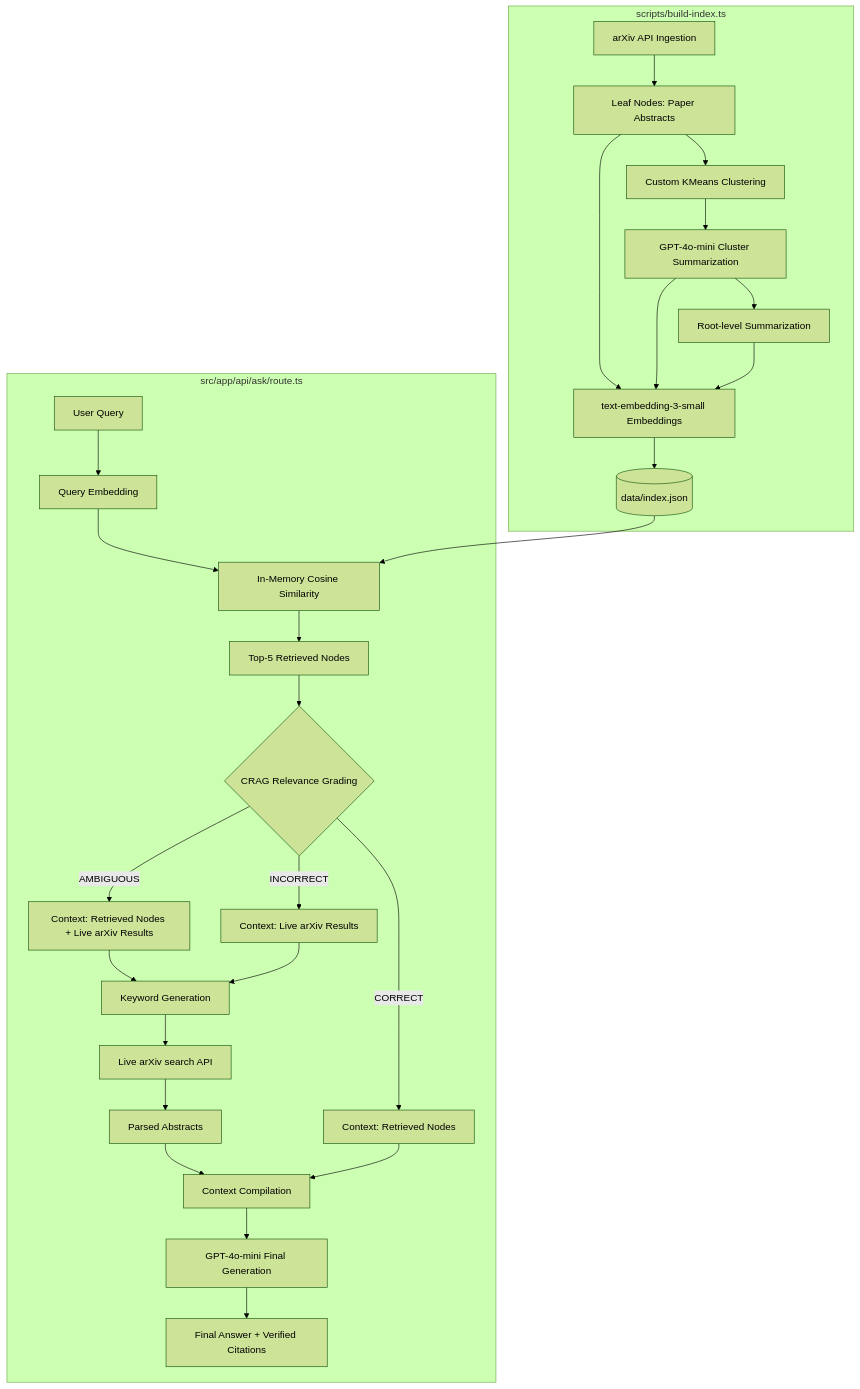
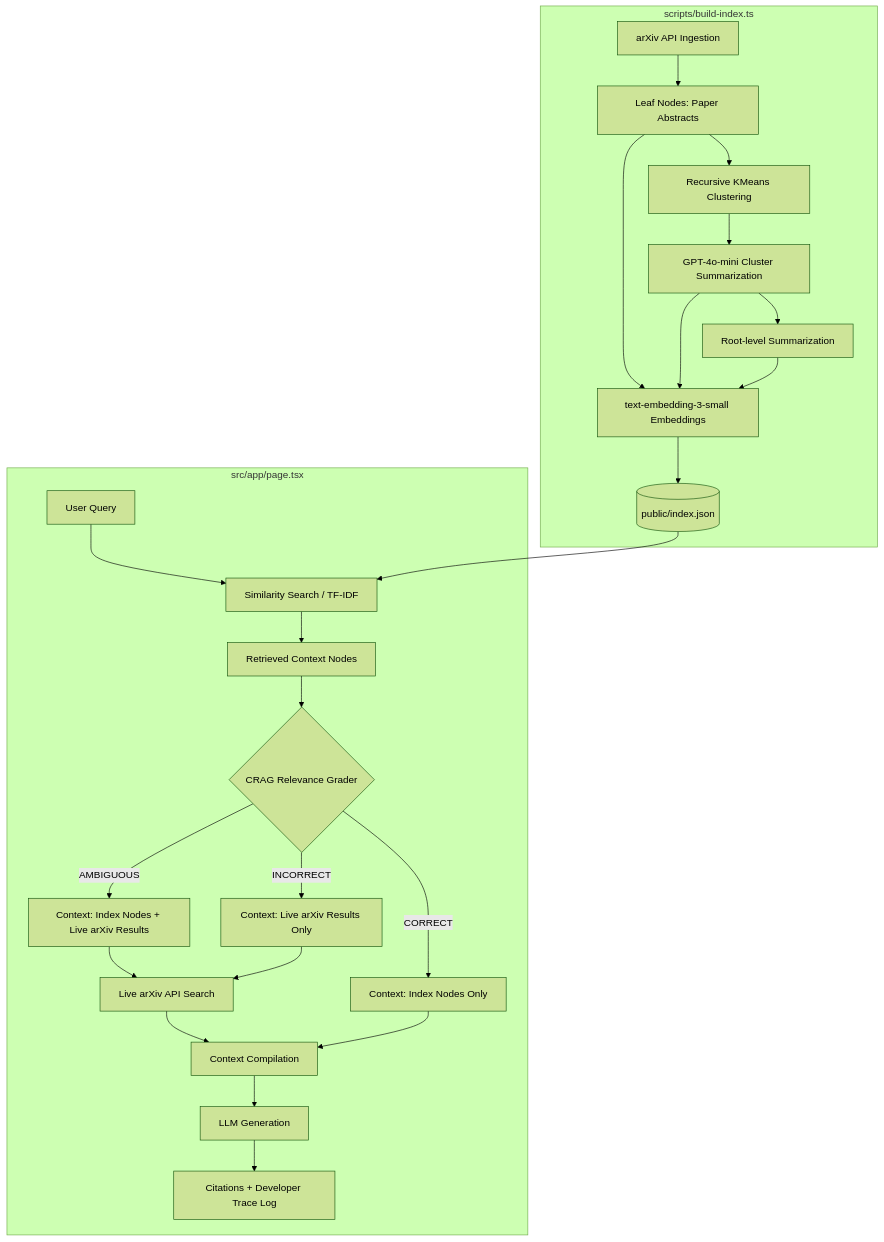
Before and after one commit to Jyotiraditya21-bug/LuminateAI: the diagram in README.md, drawn with Mermaid (forest theme). The commit also changed other lines of this file, not shown here.

````diff
--- a/README.md
+++ b/README.md
@@ -19,37 +17,29 @@
 ```mermaid
 graph TD
-    %% Offline Indexing
-    subgraph Offline Indexing Script [scripts/build-index.ts]
+    subgraph Offline Pipeline [scripts/build-index.ts]
         A[arXiv API Ingestion] --> B[Leaf Nodes: Paper Abstracts]
-        B --> C[Custom KMeans Clustering]
+        B --> C[Recursive KMeans Clustering]
         C --> D[GPT-4o-mini Cluster Summarization]
         D --> E[Root-level Summarization]
         B & D & E --> F[text-embedding-3-small Embeddings]
-        F --> G[(data/index.json)]
+        F --> G[(public/index.json)]
     end
 
-    %% Online Querying & CRAG
-    subgraph Online Next.js Web App [src/app/api/ask/route.ts]
-        H[User Query] --> I[Query Embedding]
-        I --> J[In-Memory Cosine Similarity]
-        G --> J
-        J --> K[Top-5 Retrieved Nodes]
-        K --> L{CRAG Relevance Grading}
+    subgraph Client-Side Application [src/app/page.tsx]
+        H[User Query] --> I[Similarity Search / TF-IDF]
+        G --> I
+        I --> J[Retrieved Context Nodes]
+        J --> K{CRAG Relevance Grader}
         
-        %% Corrective Action
-        L -->|CORRECT| M[Context: Retrieved Nodes]
-        L -->|AMBIGUOUS| N[Context: Retrieved Nodes + Live arXiv Results]
-        L -->|INCORRECT| O[Context: Live arXiv Results]
+        K -->|CORRECT| L[Context: Index Nodes Only]
+        K -->|AMBIGUOUS| M[Context: Index Nodes + Live arXiv Results]
+        K -->|INCORRECT| N[Context: Live arXiv Results Only]
         
-        %% arXiv Live
-        N & O --> P[Keyword Generation]
-        P --> Q[Live arXiv search API]
-        Q --> R[Parsed Abstracts]
-        R --> S[Context Compilation]
-        M --> S
+        M & N --> O[Live arXiv API Search]
+        O --> P[Context Compilation]
+        L --> P
         
-        %% Response
-        S --> T[GPT-4o-mini Final Generation]
-        T --> U[Final Answer + Verified Citations]
+        P --> Q[LLM Generation]
+        Q --> R[Citations + Developer Trace Log]
     end
 ```
````
